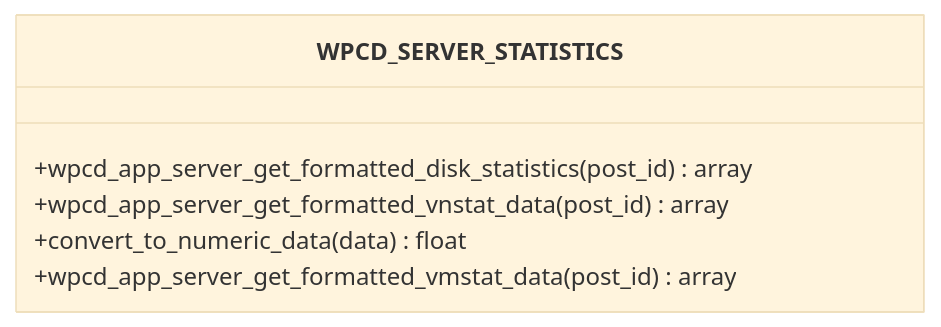
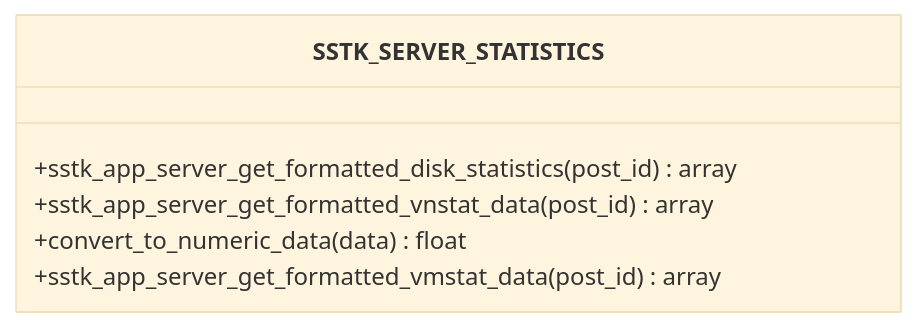
Before and after one commit to onedogsolutions/simple-stack: the fifth of 6 diagrams in .qoder/repowiki/en/content/Logging & Monitoring/System Monitoring & Metrics/Application Performance Metrics.md, drawn with Mermaid (base theme). The commit also changed other lines of this file and 5941 other files, not shown here.

````diff
--- a/.qoder/repowiki/en/content/Logging & Monitoring/System Monitoring & Metrics/Application Performance Metrics.md
+++ b/.qoder/repowiki/en/content/Logging & Monitoring/System Monitoring & Metrics/Application Performance Metrics.md
@@ -212,9 +212,9 @@
 ```mermaid
 classDiagram
-class WPCD_SERVER_STATISTICS {
-+wpcd_app_server_get_formatted_disk_statistics(post_id) array
-+wpcd_app_server_get_formatted_vnstat_data(post_id) array
+class SSTK_SERVER_STATISTICS {
++sstk_app_server_get_formatted_disk_statistics(post_id) array
++sstk_app_server_get_formatted_vnstat_data(post_id) array
 +convert_to_numeric_data(data) float
-+wpcd_app_server_get_formatted_vmstat_data(post_id) array
++sstk_app_server_get_formatted_vmstat_data(post_id) array
 }
 ```
````
